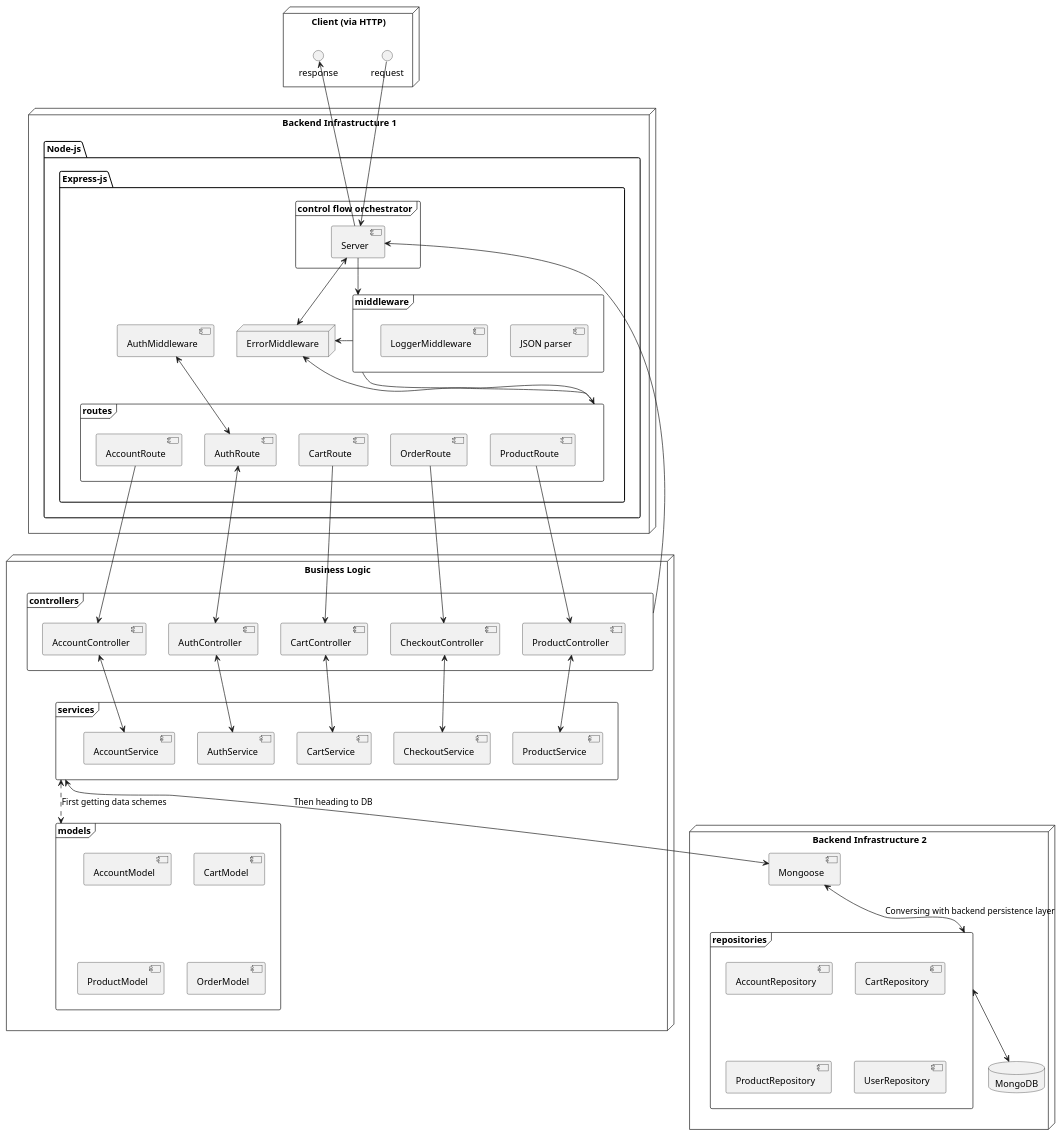
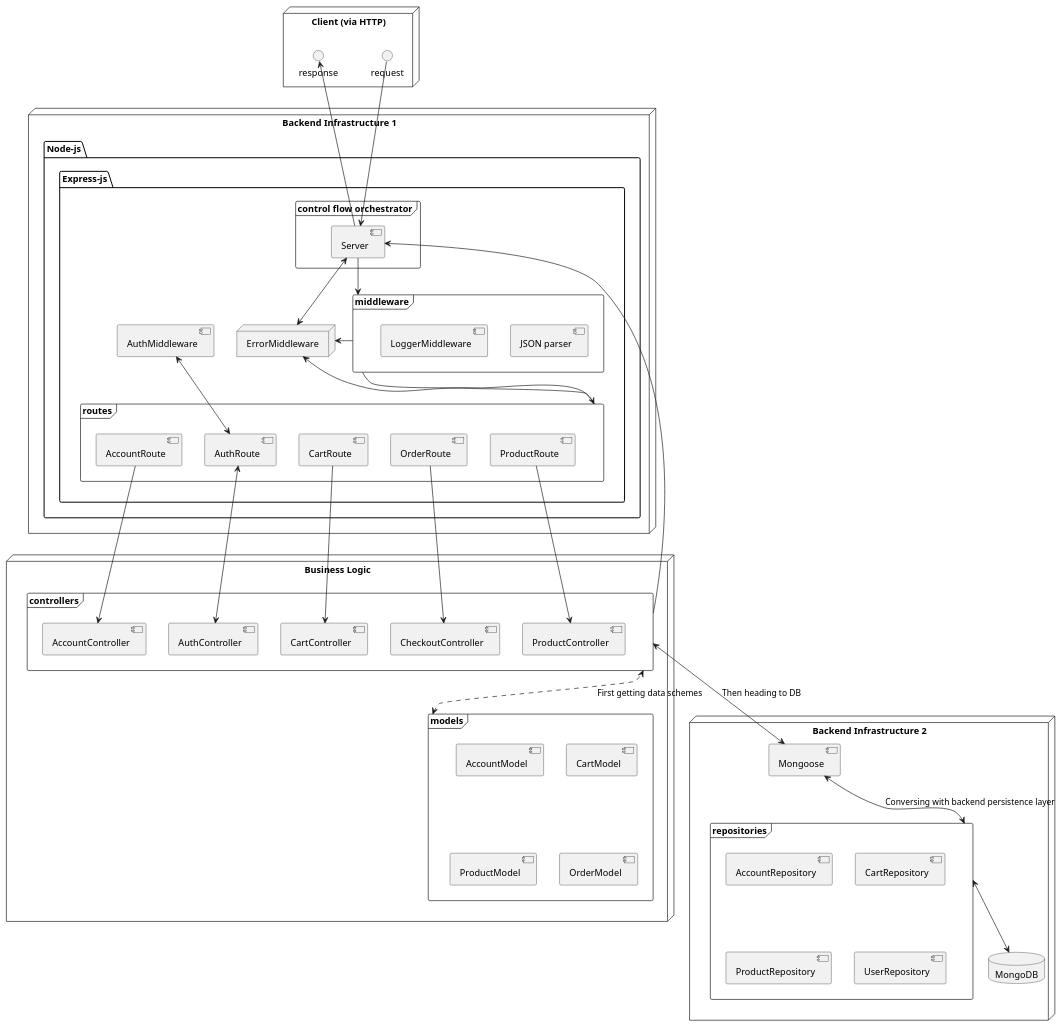
The diagram in documentation/ME(R)N Component Overview.puml (Matans844/e-commerce-backend), drawn with PlantUML before and after one commit.

Commit message:
Simplifying Design: Unifying between controllers and services.

```diff
--- a/documentation/ME(R)N Component Overview.puml
+++ b/documentation/ME(R)N Component Overview.puml
@@ -1,138 +1,124 @@
 @startuml
 'https://plantuml.com/component-diagram
 
 node "Client (via HTTP)"{
     () request
     () response
 }
 
 
 node "Backend Infrastructure 1"{
 
     package "Node-js" {
 
         package "Express-js" {
             frame "control flow orchestrator"{
                 [Server]
             }
 
             frame "middleware"{
                 [JSON parser]
                 [LoggerMiddleware]
             }
 
 
             frame "routes"{
                 [AccountRoute]
                 [AuthRoute]
                 [CartRoute]
                 [OrderRoute]
                 [ProductRoute]
             }
 
             [AuthMiddleware]
 
             node "ErrorMiddleware"{
             }
 
         }
     }
 }
 
 node "Business Logic"{
 
     frame "controllers"{
         [AccountController]
         [AuthController]
         [CartController]
         [ProductController]
         [CheckoutController]
     }
 
-    frame "services"{
-        [AccountService]
-        [AuthService]
-        [CartService]
-        [ProductService]
-        [CheckoutService]
-    }
-
     frame "models"{
         [AccountModel]
         [CartModel]
         [ProductModel]
         [OrderModel]
     }
 }
 
 node "Backend Infrastructure 2"{
     [Mongoose]
 
     frame "repositories"{
         [AccountRepository]
         [CartRepository]
         [ProductRepository]
         [UserRepository]
     }
 
     database "MongoDB" {
     }
 
 }
 
 request -down-> [Server]
 [Server] -up-> response
 
 [Server] -down-> "middleware"
 
 "middleware" -right-> [ErrorMiddleware]
 "routes" -up-> [ErrorMiddleware]
 [ErrorMiddleware] <-right-> [Server]
 
 "middleware" -down-> "routes"
 
 [AuthMiddleware] <-down-> [AuthRoute]
 [AuthRoute] <--> [AuthController]
-[AuthController] <--> [AuthService]
 
 [AccountRoute] -down-> [AccountController]
 [CartRoute] -down-> [CartController]
 [OrderRoute] -down-> [CheckoutController]
 [ProductRoute] -down-> [ProductController]
 
-[AccountController] <--> [AccountService]
-[CartController] <--> [CartService]
-[ProductController] <--> [ProductService]
-[CheckoutController] <--> [CheckoutService]
 "controllers" -right-> [Server]
 
+"controllers" <..> "models" : First getting data schemes
 
-"services" <..> "models" : First getting data schemes
-
-"services" <-down-> [Mongoose] : Then heading to DB
+"controllers" <--> [Mongoose] : Then heading to DB
 [Mongoose] <-down-> "repositories" : Conversing with backend persistence layer
 "repositories" <-down-> "MongoDB"
 
 
 
 
 
 
 
 
 
 
 
 
 
 
 
 
 
 
 
 
 
 
 
 @enduml
```
